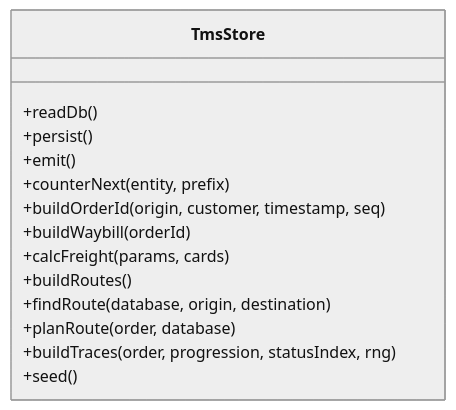
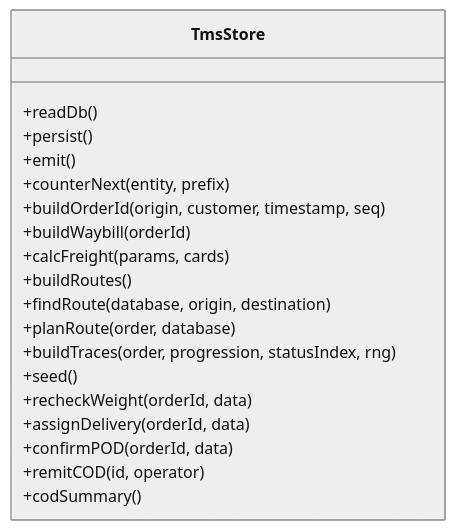
Before and after one commit to PengLine/blog-tms: the fifth of 7 diagrams in .qoder/repowiki/zh/content/核心模块详解/订单管理模块.md, drawn with Mermaid (neutral theme). The commit also changed other lines of this file and 119 other files, not shown here.

````diff
--- a/.qoder/repowiki/zh/content/核心模块详解/订单管理模块.md
+++ b/.qoder/repowiki/zh/content/核心模块详解/订单管理模块.md
@@ -215,17 +229,22 @@
 ```mermaid
 classDiagram
 class TmsStore {
 +readDb()
 +persist()
 +emit()
 +counterNext(entity, prefix)
 +buildOrderId(origin, customer, timestamp, seq)
 +buildWaybill(orderId)
 +calcFreight(params, cards)
 +buildRoutes()
 +findRoute(database, origin, destination)
 +planRoute(order, database)
 +buildTraces(order, progression, statusIndex, rng)
 +seed()
++recheckWeight(orderId, data)
++assignDelivery(orderId, data)
++confirmPOD(orderId, data)
++remitCOD(id, operator)
++codSummary()
 }
 ```
````
